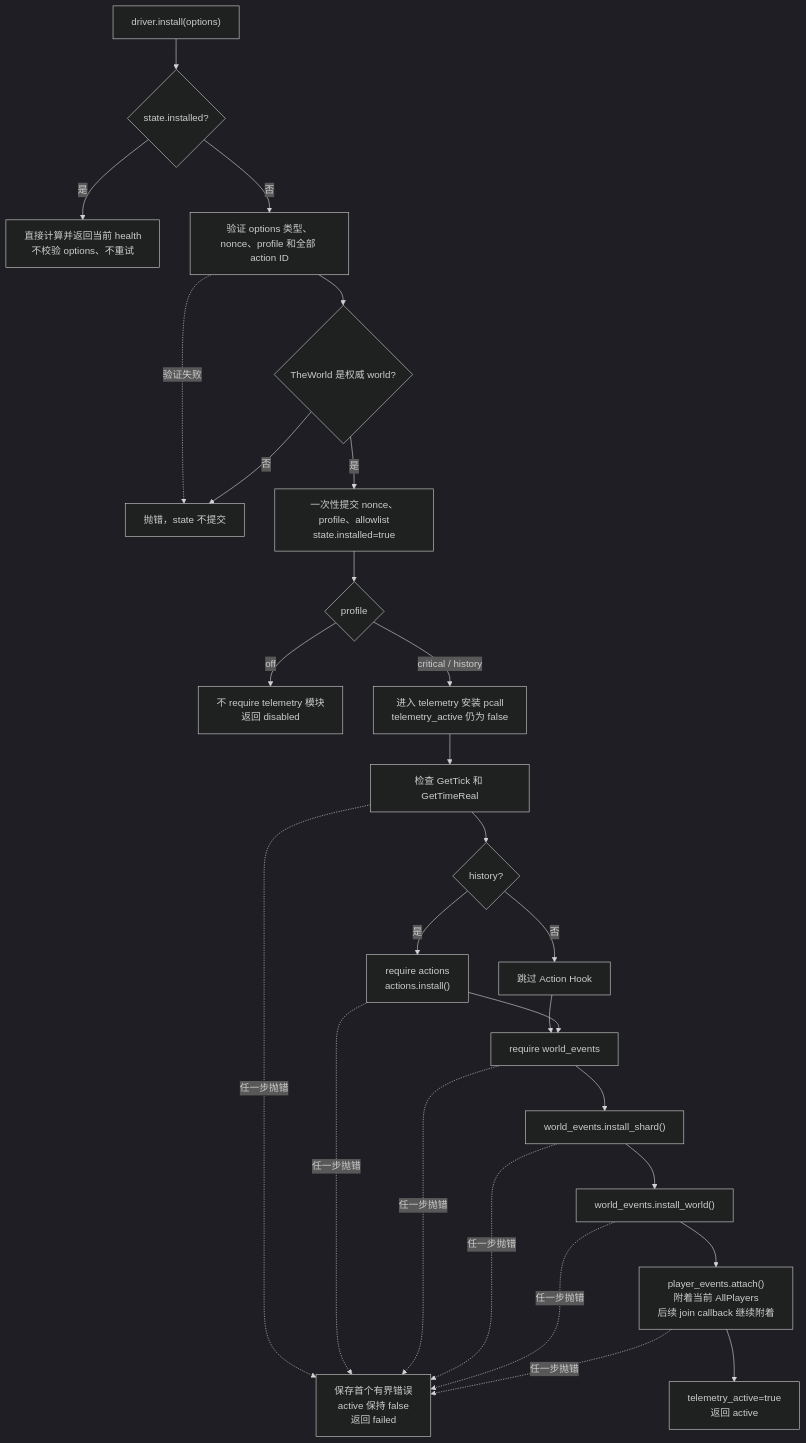
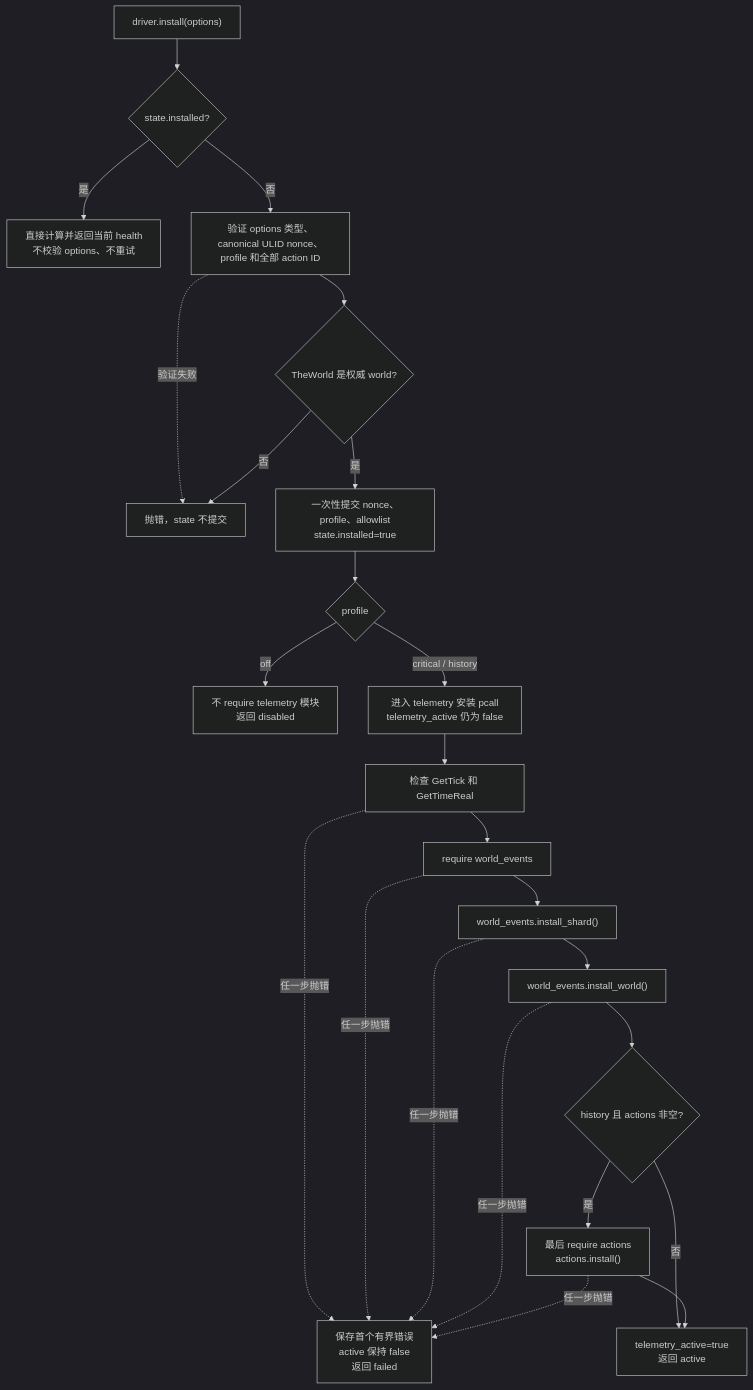
The third of 8 diagrams in docs/python-sdk-telemetry-flow.md (LetsStarveTogether/dst-server), drawn with Mermaid (dark theme) before and after one commit. The commit also changed other lines of this file and 7 other files, not shown here.

````diff
--- a/docs/python-sdk-telemetry-flow.md
+++ b/docs/python-sdk-telemetry-flow.md
@@ -138,29 +162,26 @@
 ```mermaid
 flowchart TD
     Start["driver.install(options)"] --> Installed{"state.installed?"}
     Installed -- "是" --> Cached["直接计算并返回当前 health<br/>不校验 options、不重试"]
-    Installed -- "否" --> Validate["验证 options 类型、nonce、profile 和全部 action ID"]
+    Installed -- "否" --> Validate["验证 options 类型、canonical ULID nonce、profile 和全部 action ID"]
     Validate --> World{"TheWorld 是权威 world?"}
     Validate -. "验证失败" .-> Core["抛错，state 不提交"]
     World -- "否" --> Core
     World -- "是" --> Commit["一次性提交 nonce、profile、allowlist<br/>state.installed=true"]
     Commit --> Profile{"profile"}
     Profile -- "off" --> Disabled["不 require telemetry 模块<br/>返回 disabled"]
     Profile -- "critical / history" --> Protected["进入 telemetry 安装 pcall<br/>telemetry_active 仍为 false"]
     Protected --> Clock["检查 GetTick 和 GetTimeReal"]
-    Clock --> History{"history?"}
-    History -- "是" --> Actions["require actions<br/>actions.install()"]
-    History -- "否" --> SkipAction["跳过 Action Hook"]
-    SkipAction --> WorldModule["require world_events"]
-    Actions --> WorldModule["require world_events"]
+    Clock --> WorldModule["require world_events"]
     WorldModule --> ShardHook["world_events.install_shard()"]
     ShardHook --> WorldHooks["world_events.install_world()"]
-    WorldHooks --> PlayerHooks["player_events.attach()<br/>附着当前 AllPlayers<br/>后续 join callback 继续附着"]
-    PlayerHooks --> Active["telemetry_active=true<br/>返回 active"]
+    WorldHooks --> History{"history 且 actions 非空?"}
+    History -- "是" --> Actions["最后 require actions<br/>actions.install()"]
+    History -- "否" --> Active["telemetry_active=true<br/>返回 active"]
+    Actions --> Active
     Clock -. "任一步抛错" .-> Failed["保存首个有界错误<br/>active 保持 false<br/>返回 failed"]
-    Actions -. "任一步抛错" .-> Failed
     WorldModule -. "任一步抛错" .-> Failed
     ShardHook -. "任一步抛错" .-> Failed
     WorldHooks -. "任一步抛错" .-> Failed
-    PlayerHooks -. "任一步抛错" .-> Failed
+    Actions -. "任一步抛错" .-> Failed
 ```
````
